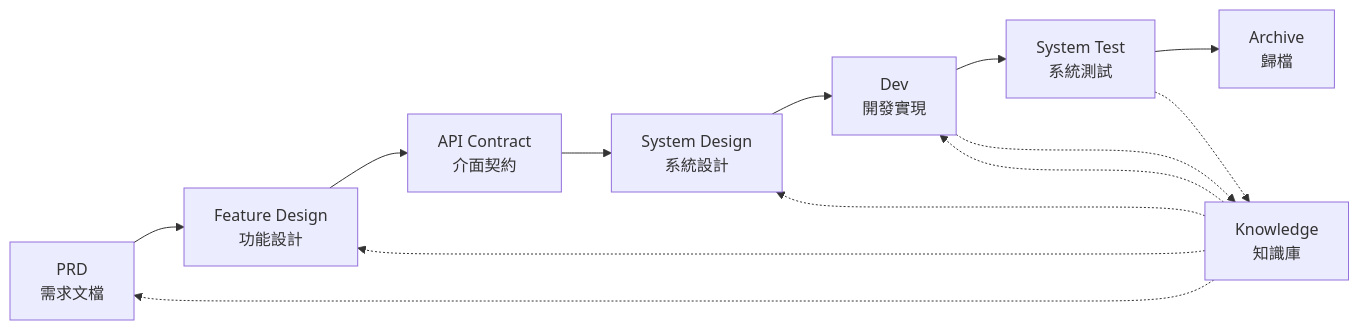
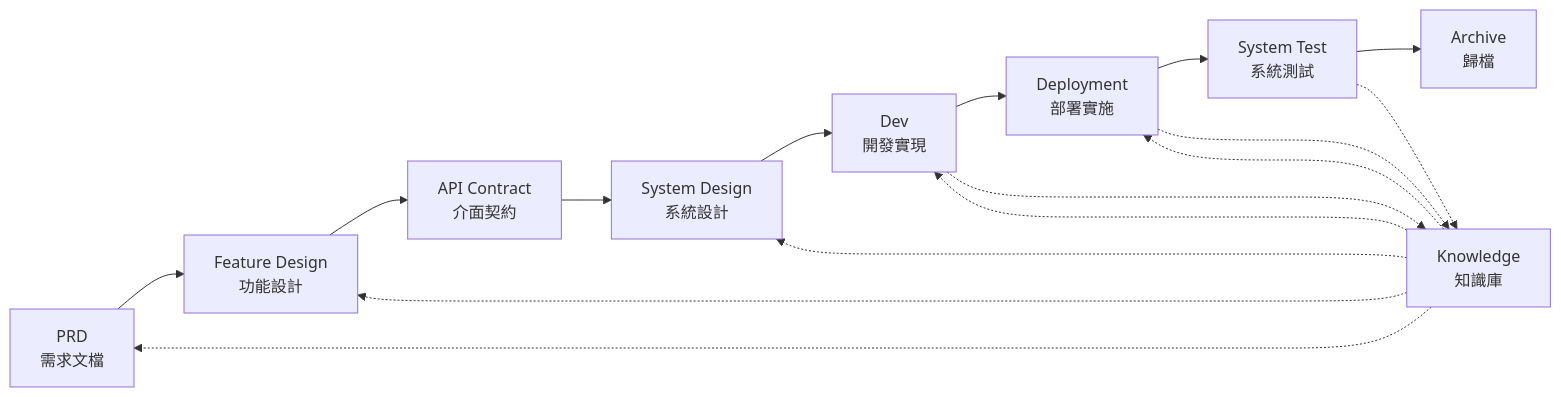
The diagram in README.zh-TW.md (charlesmu99/speccrew), drawn with Mermaid before and after one commit. The commit also changed other lines of this file and 35 other files, not shown here.

````diff
--- a/README.zh-TW.md
+++ b/README.zh-TW.md
@@ -166,17 +166,20 @@
 ```mermaid
 graph LR
     A[PRD<br/>需求文檔] --> B[Feature Design<br/>功能設計]
     B --> C[API Contract<br/>介面契約]
     C --> D[System Design<br/>系統設計]
     D --> E[Dev<br/>開發實現]
-    E --> F[System Test<br/>系統測試]
-    F --> G[Archive<br/>歸檔]
+    E --> F[Deployment<br/>部署實施]
+    F --> G[System Test<br/>系統測試]
+    G --> H[Archive<br/>歸檔]
     
-    H[Knowledge<br/>知識庫] -.-> A
-    H -.-> B
-    H -.-> D
-    H -.-> E
+    I[Knowledge<br/>知識庫] -.-> A
+    I -.-> B
+    I -.-> D
+    I -.-> E
+    I -.-> F
     
-    E -.-> H
-    F -.-> H
+    E -.-> I
+    F -.-> I
+    G -.-> I
 ```
````
